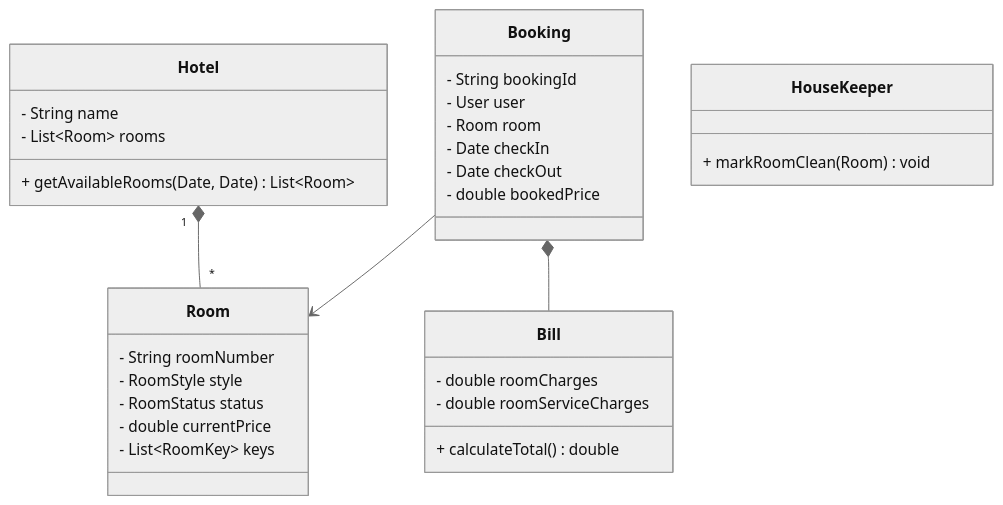
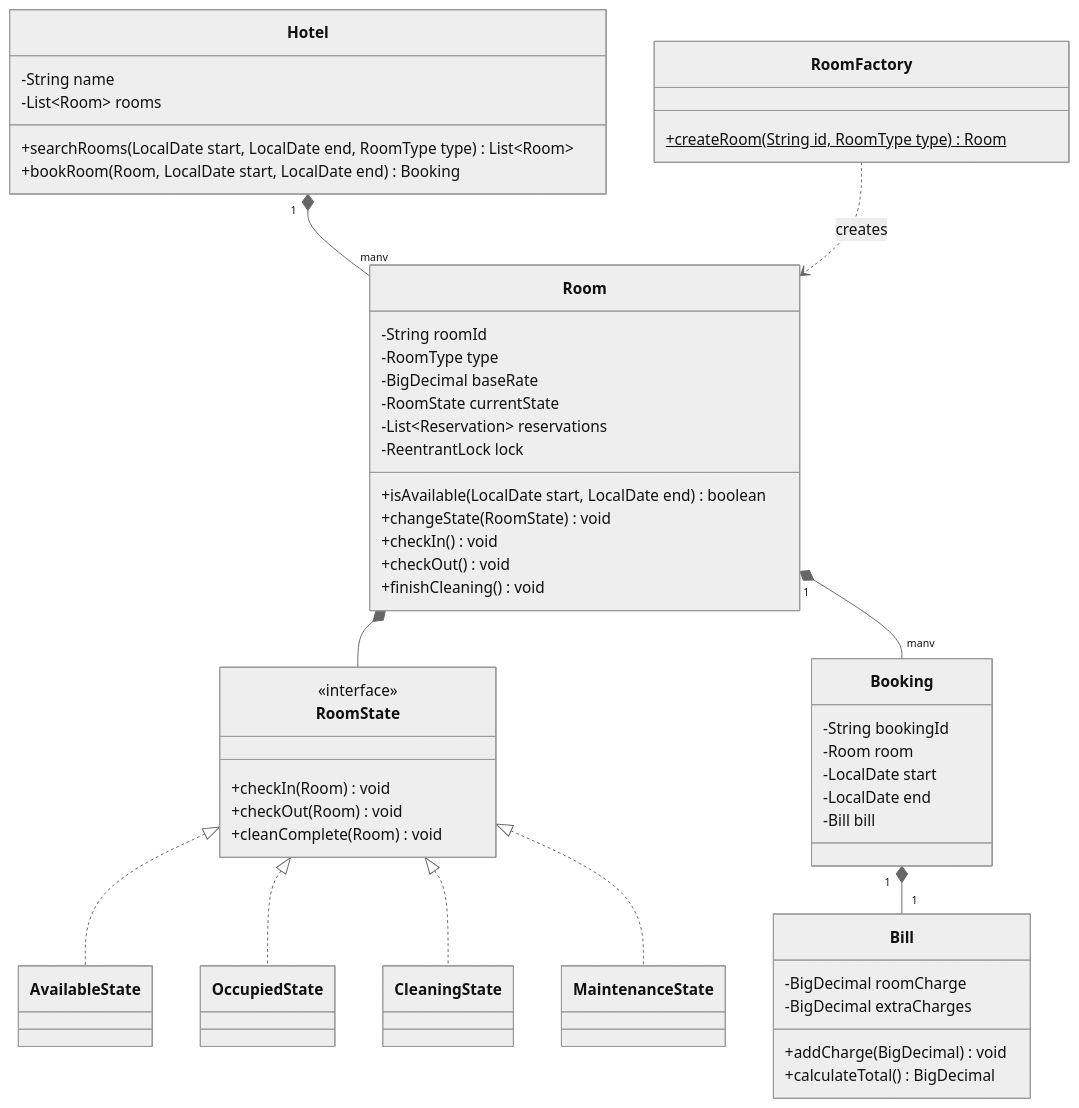
The second of 2 diagrams in src/pages/03-lld/machine-coding/hotel-booking/index.mdx (akshay-k-r/Interview-Prep-Resource), drawn with Mermaid (neutral theme) before and after one commit. The commit also changed other lines of this file and 179 other files, not shown here.

````diff
--- a/src/pages/03-lld/machine-coding/hotel-booking/index.mdx
+++ b/src/pages/03-lld/machine-coding/hotel-booking/index.mdx
@@ -21,39 +54,65 @@
 ```mermaid
 classDiagram
     class Hotel {
-        - String name
-        - List~Room~ rooms
-        + getAvailableRooms(Date, Date) List~Room~
+        -String name
+        -List~Room~ rooms
+        +searchRooms(LocalDate start, LocalDate end, RoomType type) List~Room~
+        +bookRoom(Room, LocalDate start, LocalDate end) Booking
     }
 
     class Room {
-        - String roomNumber
-        - RoomStyle style
-        - RoomStatus status
-        - double currentPrice
-        - List~RoomKey~ keys
+        -String roomId
+        -RoomType type
+        -BigDecimal baseRate
+        -RoomState currentState
+        -List~Reservation~ reservations
+        -ReentrantLock lock
+        +isAvailable(LocalDate start, LocalDate end) boolean
+        +changeState(RoomState) void
+        +checkIn() void
+        +checkOut() void
+        +finishCleaning() void
+    }
+
+    class RoomState {
+        <<interface>>
+        +checkIn(Room) void
+        +checkOut(Room) void
+        +cleanComplete(Room) void
+    }
+
+    class AvailableState { }
+    class OccupiedState { }
+    class CleaningState { }
+    class MaintenanceState { }
+
+    RoomState <|.. AvailableState
+    RoomState <|.. OccupiedState
+    RoomState <|.. CleaningState
+    RoomState <|.. MaintenanceState
+    Room *-- RoomState
+
+    class RoomFactory {
+        +createRoom(String id, RoomType type) Room$
     }
 
     class Booking {
-        - String bookingId
-        - User user
-        - Room room
-        - Date checkIn
-        - Date checkOut
-        - double bookedPrice
+        -String bookingId
+        -Room room
+        -LocalDate start
+        -LocalDate end
+        -Bill bill
     }
 
     class Bill {
-        - double roomCharges
-        - double roomServiceCharges
-        + calculateTotal() double
+        -BigDecimal roomCharge
+        -BigDecimal extraCharges
+        +addCharge(BigDecimal) void
+        +calculateTotal() BigDecimal
     }
 
-    class HouseKeeper {
-        + markRoomClean(Room) void
-    }
-
-    Hotel "1" *-- "*" Room
-    Booking --> Room
-    Booking *-- Bill
+    Hotel "1" *-- "many" Room
+    Room "1" *-- "many" Booking
+    Booking "1" *-- "1" Bill
+    RoomFactory ..> Room : creates
 ```
````
